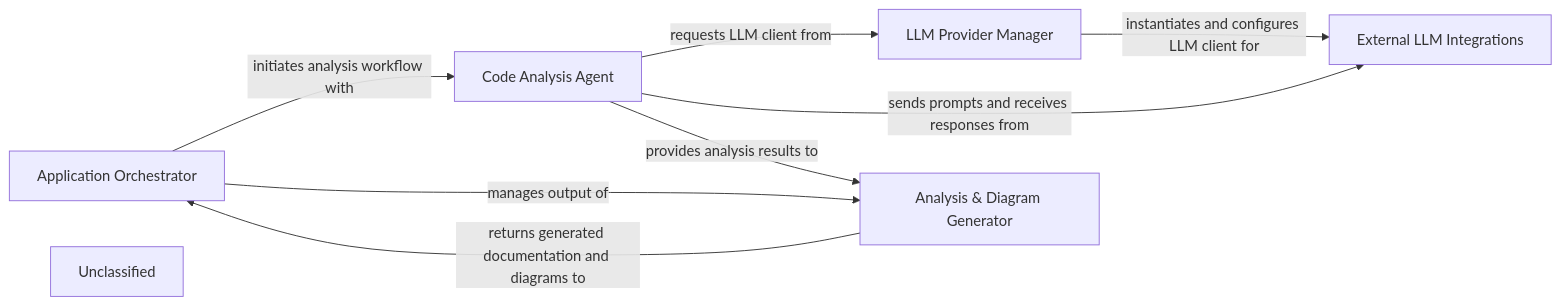
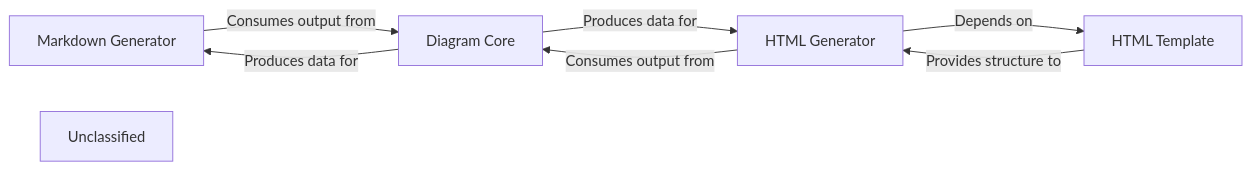
Before and after one commit to CodeBoarding/CodeBoarding: the fourth of 7 diagrams in docs/development/architecture.md, drawn with Mermaid. The commit also changed other lines of this file and 21 other files, not shown here.

First line of the commit message:
docs: update codeboarding documentation and generate architecture

````diff
--- a/docs/development/architecture.md
+++ b/docs/development/architecture.md
@@ -257,17 +176,14 @@
 ```mermaid
 graph LR
-    Application_Orchestrator["Application Orchestrator"]
-    Code_Analysis_Agent["Code Analysis Agent"]
-    Analysis_Diagram_Generator["Analysis & Diagram Generator"]
-    LLM_Provider_Manager["LLM Provider Manager"]
-    External_LLM_Integrations["External LLM Integrations"]
+    Markdown_Generator["Markdown Generator"]
+    HTML_Generator["HTML Generator"]
+    Diagram_Core["Diagram Core"]
+    HTML_Template["HTML Template"]
     Unclassified["Unclassified"]
-    Application_Orchestrator -- "initiates analysis workflow with" --> Code_Analysis_Agent
-    Application_Orchestrator -- "manages output of" --> Analysis_Diagram_Generator
-    Code_Analysis_Agent -- "requests LLM client from" --> LLM_Provider_Manager
-    LLM_Provider_Manager -- "instantiates and configures LLM client for" --> External_LLM_Integrations
-    Code_Analysis_Agent -- "sends prompts and receives responses from" --> External_LLM_Integrations
-    Code_Analysis_Agent -- "provides analysis results to" --> Analysis_Diagram_Generator
-    Analysis_Diagram_Generator -- "returns generated documentation and diagrams to" --> Application_Orchestrator
-    click Application_Orchestrator href "https://github.com/CodeBoarding/CodeBoarding/blob/main/.codeboarding/Application_Orchestrator.md" "Details"
+    Markdown_Generator -- "Consumes output from" --> Diagram_Core
+    HTML_Generator -- "Depends on" --> HTML_Template
+    HTML_Generator -- "Consumes output from" --> Diagram_Core
+    Diagram_Core -- "Produces data for" --> Markdown_Generator
+    Diagram_Core -- "Produces data for" --> HTML_Generator
+    HTML_Template -- "Provides structure to" --> HTML_Generator
 ```
````
